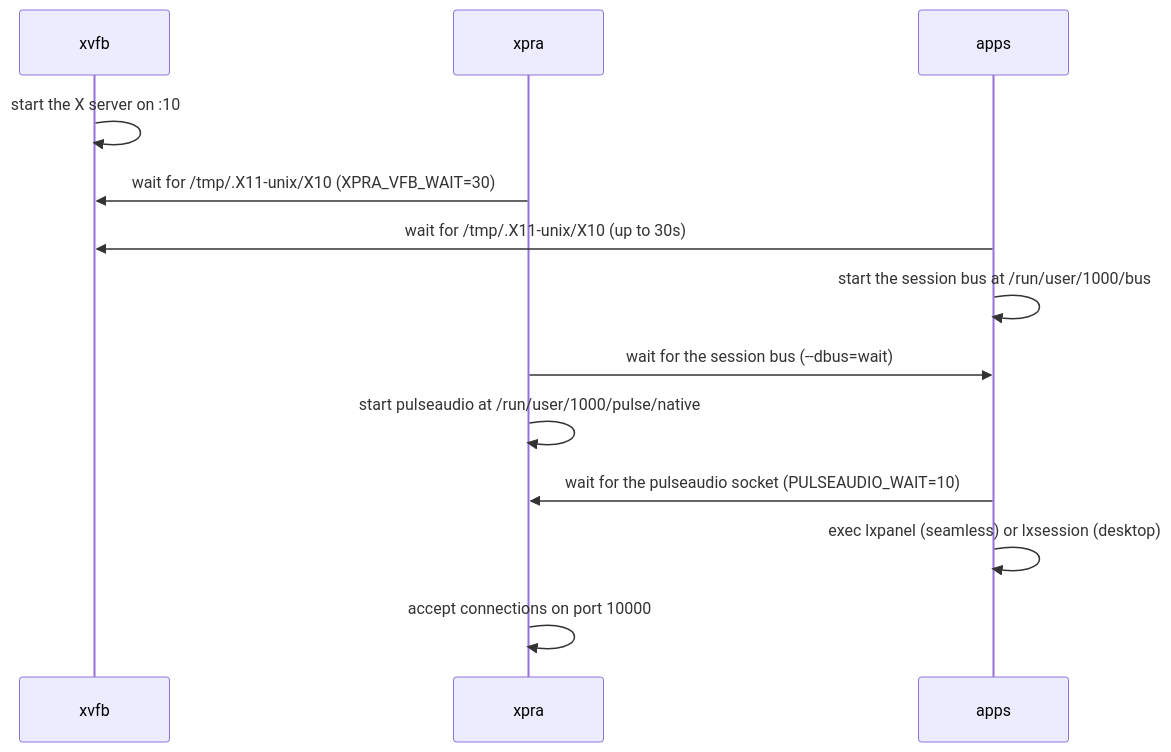
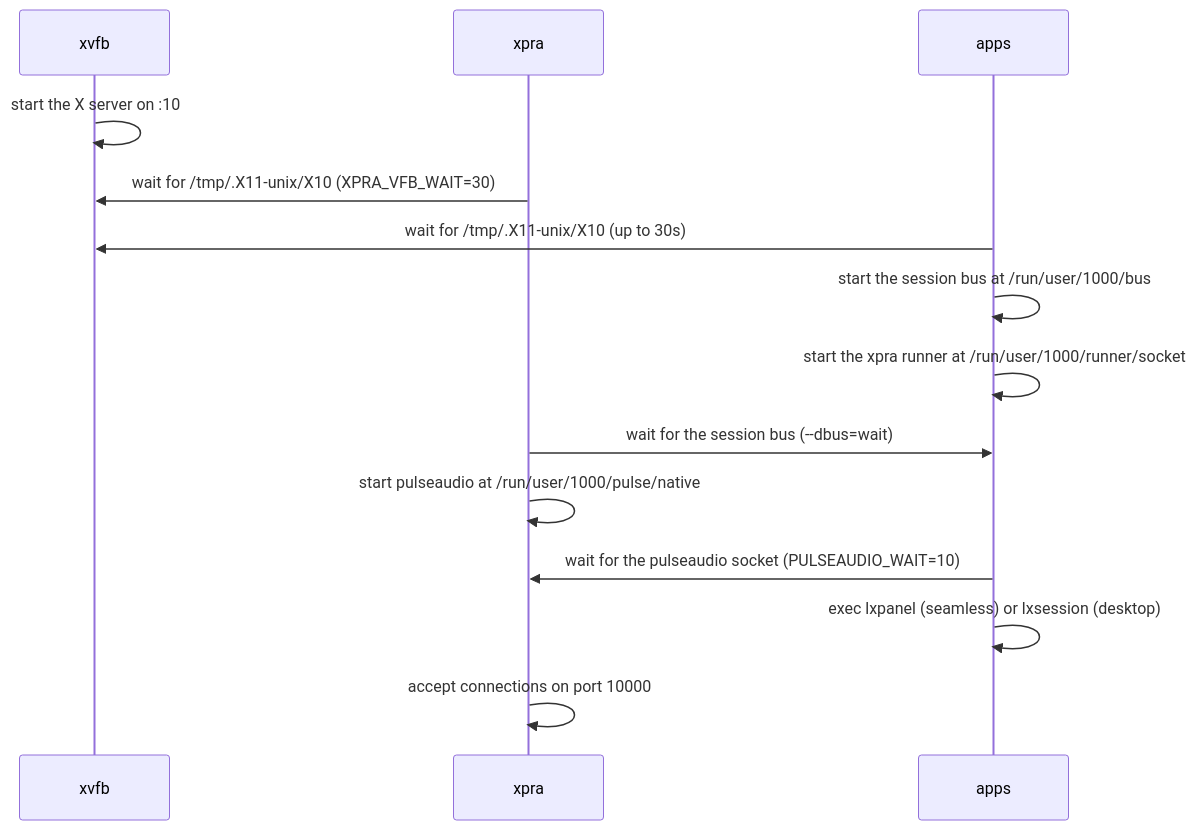
Before and after one commit to Xpra-org/xpra: the second of 2 diagrams in packaging/containers/podman/split/README.md, drawn with Mermaid. The commit also changed other lines of this file and 3 other files, not shown here.

Commit message:
podman pods: load the menus from the 'apps' image and start the applications there using the runner

````diff
--- a/packaging/containers/podman/split/README.md
+++ b/packaging/containers/podman/split/README.md
@@ -112,15 +118,16 @@
 ```mermaid
 sequenceDiagram
     participant xvfb
     participant xpra
     participant apps
     xvfb->>xvfb: start the X server on :10
     xpra->>xvfb: wait for /tmp/.X11-unix/X10 (XPRA_VFB_WAIT=30)
     apps->>xvfb: wait for /tmp/.X11-unix/X10 (up to 30s)
     apps->>apps: start the session bus at /run/user/1000/bus
+    apps->>apps: start the xpra runner at /run/user/1000/runner/socket
     xpra->>apps: wait for the session bus (--dbus=wait)
     xpra->>xpra: start pulseaudio at /run/user/1000/pulse/native
     apps->>xpra: wait for the pulseaudio socket (PULSEAUDIO_WAIT=10)
     apps->>apps: exec lxpanel (seamless) or lxsession (desktop)
     xpra->>xpra: accept connections on port 10000
 ```
````
